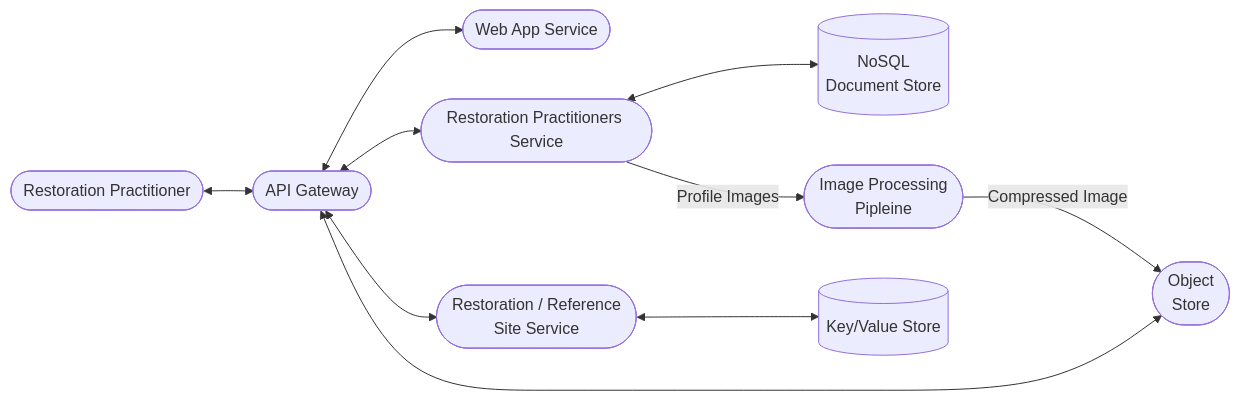
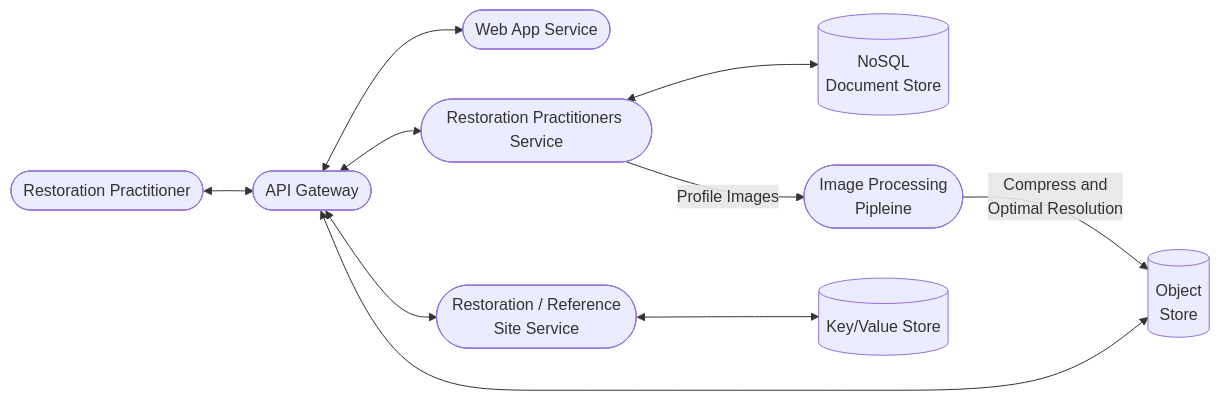
The fourth of 4 diagrams in README.md (maulikdave-fh/bdi), drawn with Mermaid before and after one commit.

````diff
--- a/README.md
+++ b/README.md
@@ -125,13 +125,13 @@
 ```mermaid
     flowchart LR
         RP([Restoration Practitioner]) <--> APIGateway([API Gateway])
         APIGateway <--> WebApp([Web App Service])
         APIGateway <--> RPS([Restoration Practitioners Service])
         RPS <--> RPSSQL[(NoSQL<br/> Document Store)]
         RPS --> |Profile Images| IPP([Image Processing<br/>Pipleine])
-        IPP --> |Compressed Image| ObjStore([Object <br/>Store])
+        IPP --> |Compress and <br/>Optimal Resolution| ObjStore[(Object <br/>Store)]
         APIGateway <--> Site([Restoration / Reference<br/> Site Service])
         Site <--> RSSSQL[(Key/Value Store)]
         APIGateway <--> ObjStore
         
 ```
````
